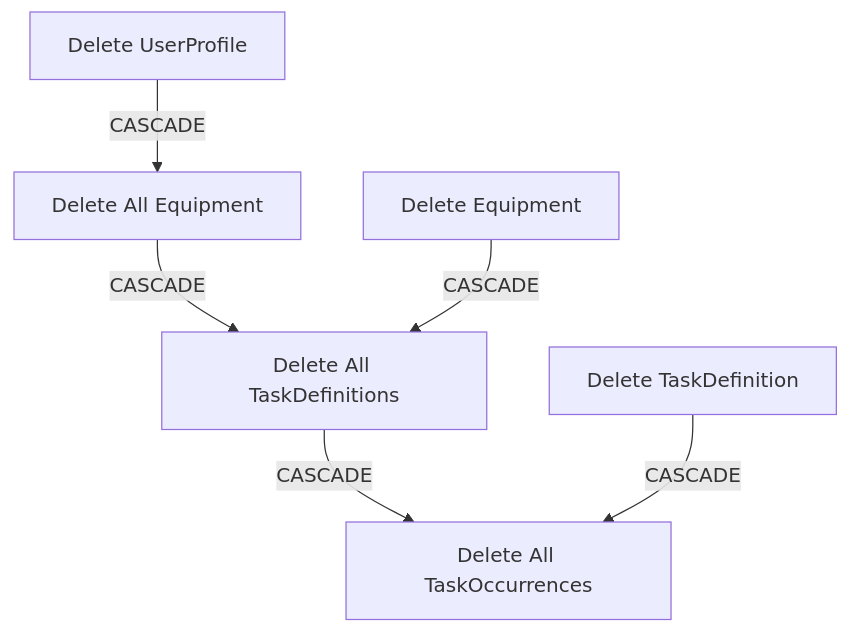
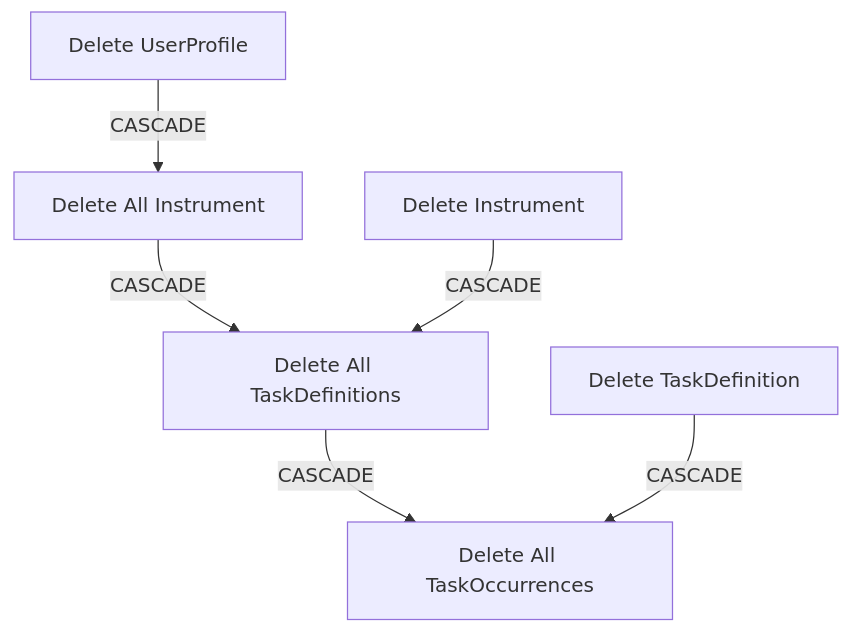
One commit to beveridges/practice-app changed the second of 3 diagrams in DATABASE_EXPLANATION.md. Above: the diagram before and after it, drawn with Mermaid. The commit also changed other lines of this file and 40 other files, not shown here.

````diff
--- a/DATABASE_EXPLANATION.md
+++ b/DATABASE_EXPLANATION.md
@@ -338,9 +338,9 @@
 ```mermaid
 flowchart TD
-    A[Delete UserProfile] -->|CASCADE| B[Delete All Equipment]
+    A[Delete UserProfile] -->|CASCADE| B[Delete All Instrument]
     B -->|CASCADE| C[Delete All TaskDefinitions]
     C -->|CASCADE| D[Delete All TaskOccurrences]
     
-    E[Delete Equipment] -->|CASCADE| C
+    E[Delete Instrument] -->|CASCADE| C
     F[Delete TaskDefinition] -->|CASCADE| D
 ```
````
